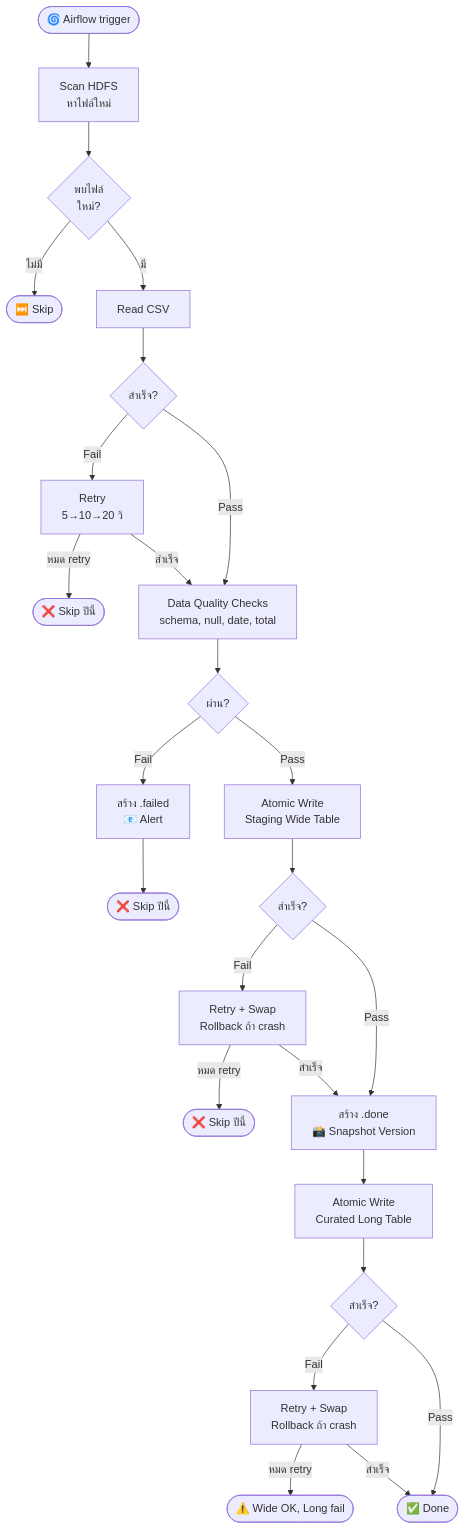
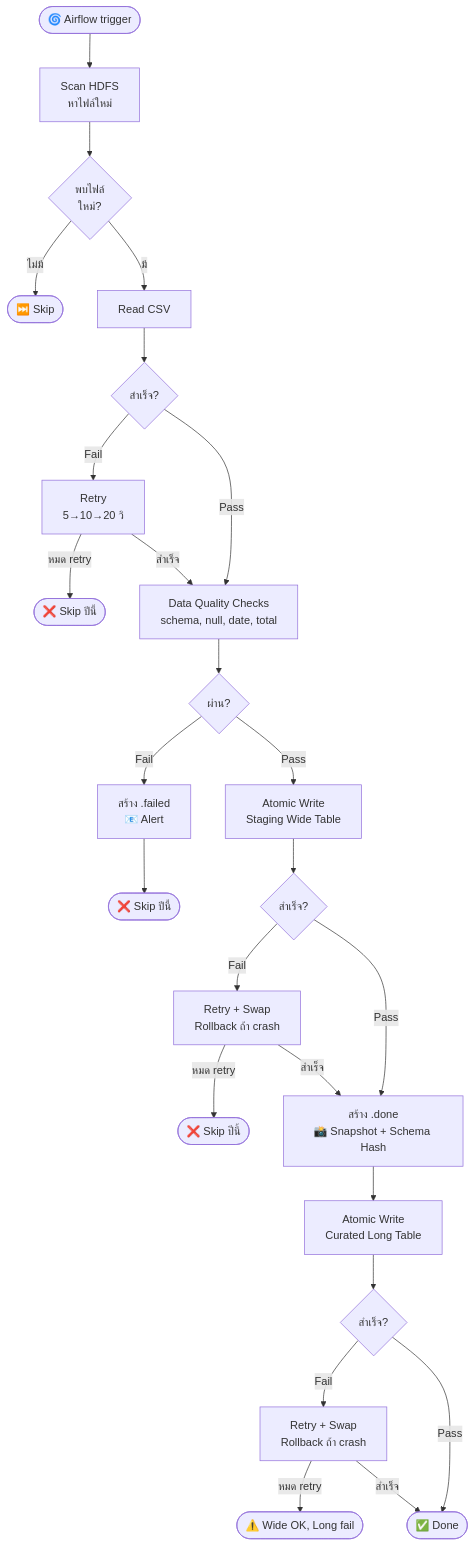
The second of 3 diagrams in README.md (Ronnagon-Phukahuta/hadoop-data-pipeline), drawn with Mermaid before and after one commit. The commit also changed other lines of this file and 26 other files, not shown here.

````diff
--- a/README.md
+++ b/README.md
@@ -288,33 +315,33 @@
 ```mermaid
 flowchart TD
     A([🌀 Airflow trigger]) --> B[Scan HDFS<br/>หาไฟล์ใหม่]
     B --> B1{พบไฟล์<br/>ใหม่?}
     B1 -->|ไม่มี| Z([⏭️ Skip])
     B1 -->|มี| C[Read CSV]
 
     C --> C1{สำเร็จ?}
     C1 -->|Fail| C2[Retry<br/>5→10→20 วิ]
     C2 -->|หมด retry| FAIL1([❌ Skip ปีนี้])
     C2 -->|สำเร็จ| E
 
     C1 -->|Pass| E
     E[Data Quality Checks<br/>schema, null, date, total]
     E --> E1{ผ่าน?}
     E1 -->|Fail| E2[สร้าง .failed<br/>📧 Alert]
     E2 --> FAIL2([❌ Skip ปีนี้])
     E1 -->|Pass| F
 
     F[Atomic Write<br/>Staging Wide Table]
     F --> F1{สำเร็จ?}
     F1 -->|Fail| F2[Retry + Swap<br/>Rollback ถ้า crash]
     F2 -->|หมด retry| FAIL3([❌ Skip ปีนี้])
     F2 -->|สำเร็จ| G
 
-    F1 -->|Pass| G[สร้าง .done<br/>📸 Snapshot Version]
+    F1 -->|Pass| G[สร้าง .done<br/>📸 Snapshot + Schema Hash]
     G --> H[Atomic Write<br/>Curated Long Table]
     H --> H1{สำเร็จ?}
     H1 -->|Fail| H2[Retry + Swap<br/>Rollback ถ้า crash]
     H2 -->|หมด retry| FAIL4([⚠️ Wide OK, Long fail])
     H2 -->|สำเร็จ| DONE
     H1 -->|Pass| DONE([✅ Done])
 ```
````
